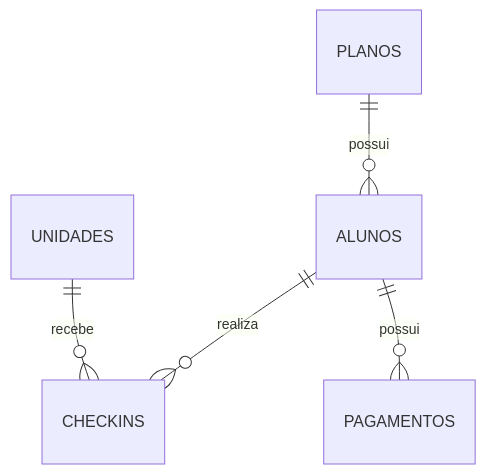
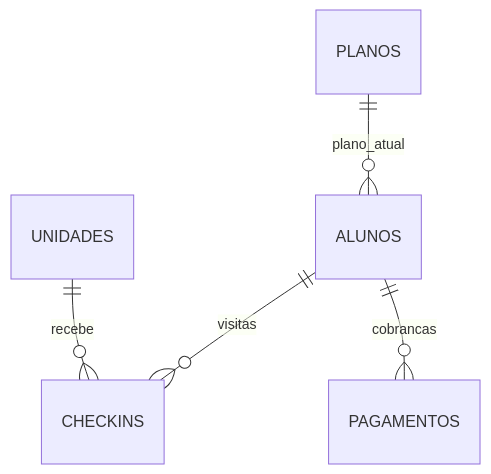
The diagram in docs/dados.md (02kamk/lakehouse-databricks-medalhao), drawn with Mermaid before and after one commit. The commit also changed other lines of this file and 46 other files, not shown here.

````diff
--- a/docs/dados.md
+++ b/docs/dados.md
@@ -19,7 +15,7 @@
 ```mermaid
 erDiagram
-    PLANOS ||--o{ ALUNOS : possui
-    ALUNOS ||--o{ CHECKINS : realiza
+    PLANOS ||--o{ ALUNOS : plano_atual
+    ALUNOS ||--o{ CHECKINS : visitas
     UNIDADES ||--o{ CHECKINS : recebe
-    ALUNOS ||--o{ PAGAMENTOS : possui
+    ALUNOS ||--o{ PAGAMENTOS : cobrancas
 ```
````
